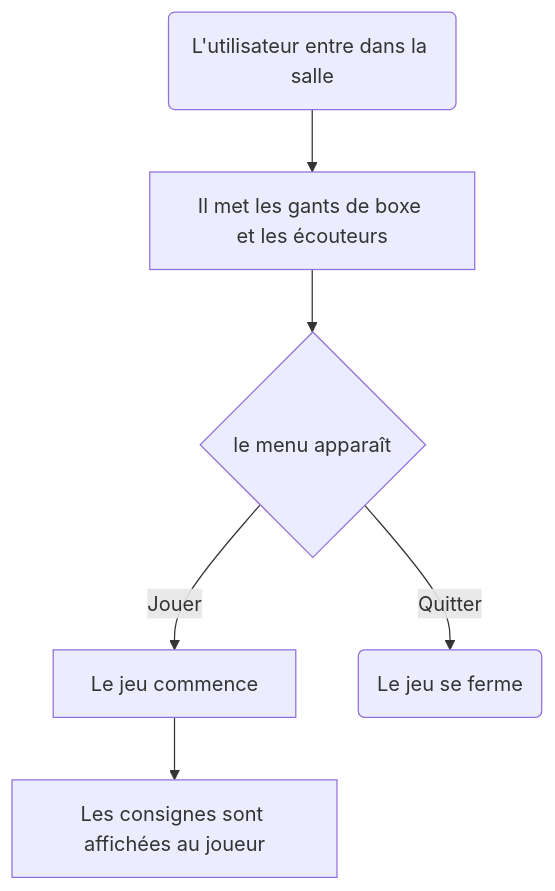
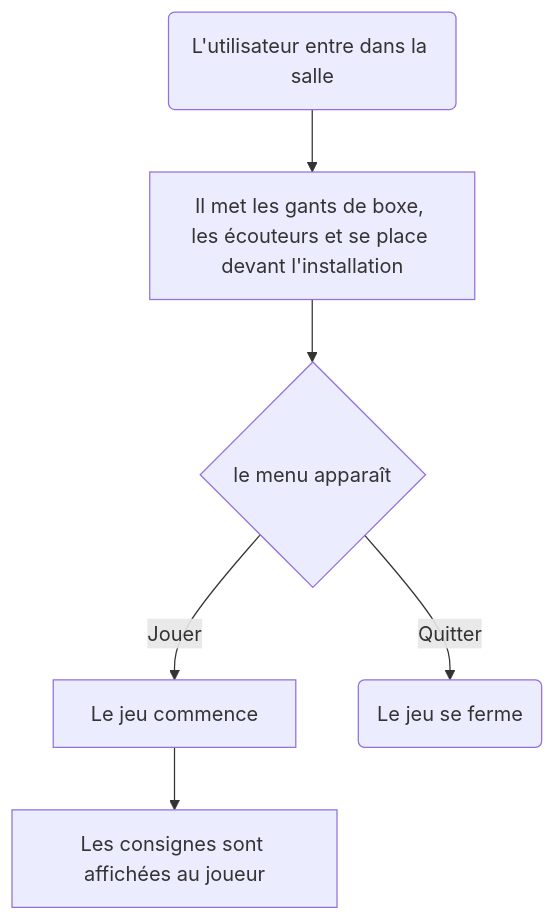
Before and after one commit to samesthumain/sac-de-sable: the diagram in README.md, drawn with Mermaid.

````diff
--- a/README.md
+++ b/README.md
@@ -19,9 +19,9 @@
 ```mermaid
 flowchart TD
-    A(L'utilisateur entre dans la salle) --> B[Il met les gants de boxe et les écouteurs]
+    A(L'utilisateur entre dans la salle) --> B[Il met les gants de boxe, les écouteurs et se place devant l'installation]
     B --> C{le menu apparaît}
     C -->|Jouer| D[Le jeu commence]
     C -->|Quitter| E(Le jeu se ferme)
     D --> F[Les consignes sont affichées au joueur]
 
 ```
````
